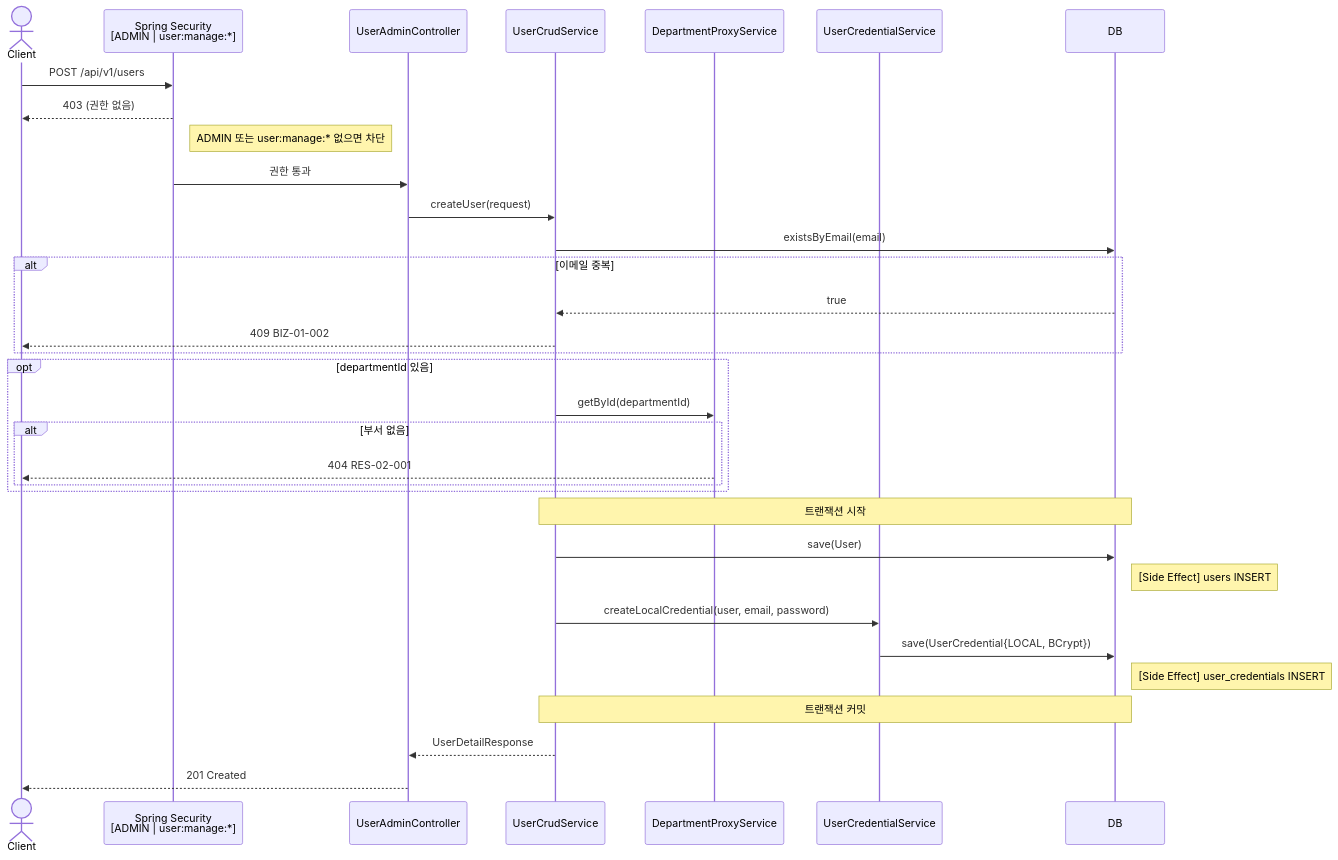
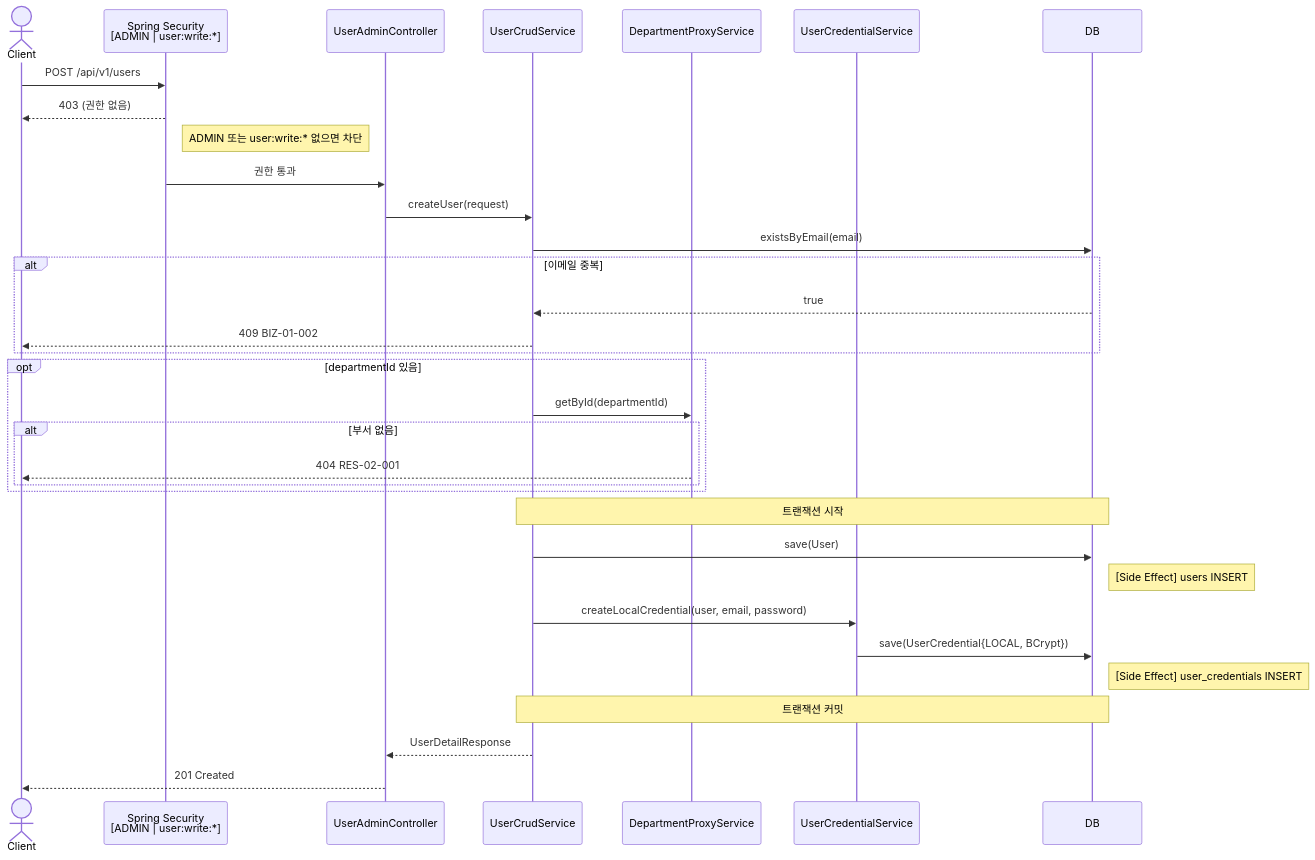
Before and after one commit to Geumjeongyahak/Backend: the third of 10 diagrams in docs/Domain/User/README.md, drawn with Mermaid. The commit also changed other lines of this file and 22 other files, not shown here.

````diff
--- a/docs/Domain/User/README.md
+++ b/docs/Domain/User/README.md
@@ -159,41 +163,41 @@
 ```mermaid
 sequenceDiagram
     actor Client
-    participant Security as Spring Security<br/>[ADMIN | user:manage:*]
+    participant Security as Spring Security<br/>[ADMIN | user:write:*]
     participant Controller as UserAdminController
     participant Service as UserCrudService
     participant DeptProxy as DepartmentProxyService
     participant CredSvc as UserCredentialService
     participant DB as DB
 
     Client->>Security: POST /api/v1/users
     Security-->>Client: 403 (권한 없음)
-    note right of Security: ADMIN 또는 user:manage:* 없으면 차단
+    note right of Security: ADMIN 또는 user:write:* 없으면 차단
 
     Security->>Controller: 권한 통과
     Controller->>Service: createUser(request)
 
     Service->>DB: existsByEmail(email)
     alt 이메일 중복
         DB-->>Service: true
         Service-->>Client: 409 BIZ-01-002
     end
 
     opt departmentId 있음
         Service->>DeptProxy: getById(departmentId)
         alt 부서 없음
             DeptProxy-->>Client: 404 RES-02-001
         end
     end
 
     note over Service,DB: 트랜잭션 시작
     Service->>DB: save(User)
     note right of DB: [Side Effect] users INSERT
     Service->>CredSvc: createLocalCredential(user, email, password)
     CredSvc->>DB: save(UserCredential{LOCAL, BCrypt})
     note right of DB: [Side Effect] user_credentials INSERT
     note over Service,DB: 트랜잭션 커밋
 
     Service-->>Controller: UserDetailResponse
     Controller-->>Client: 201 Created
 ```
````
